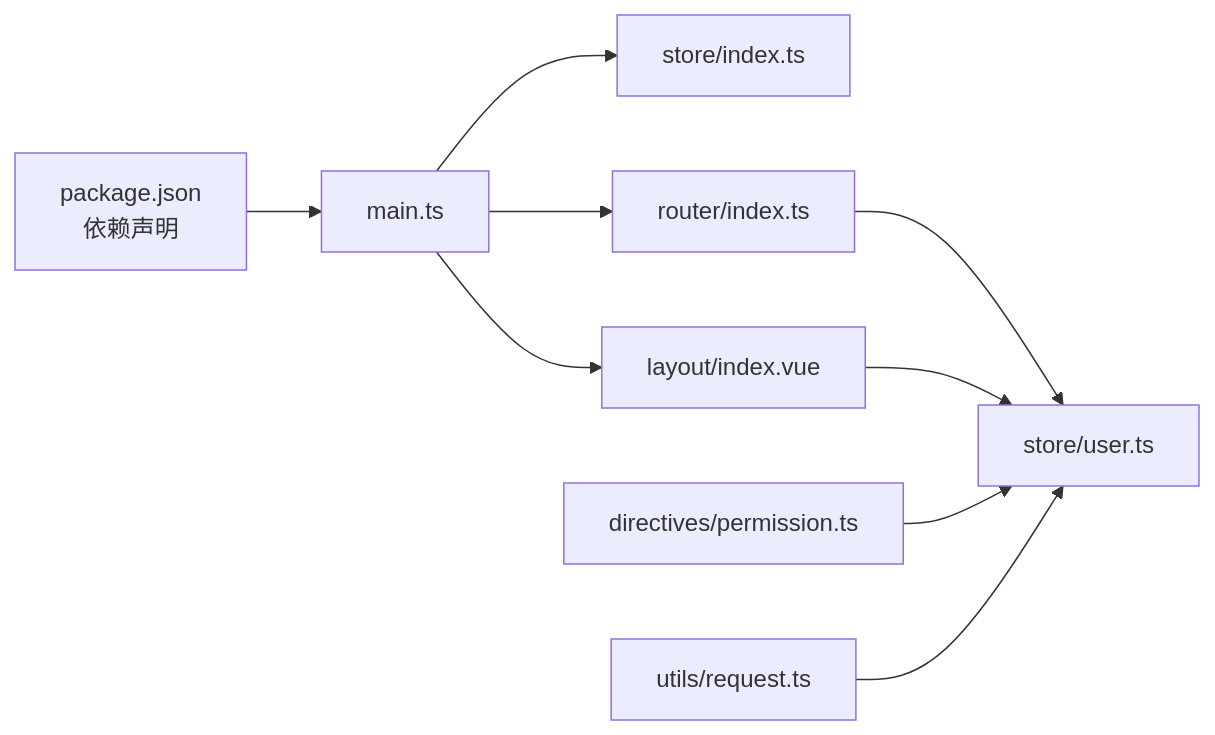
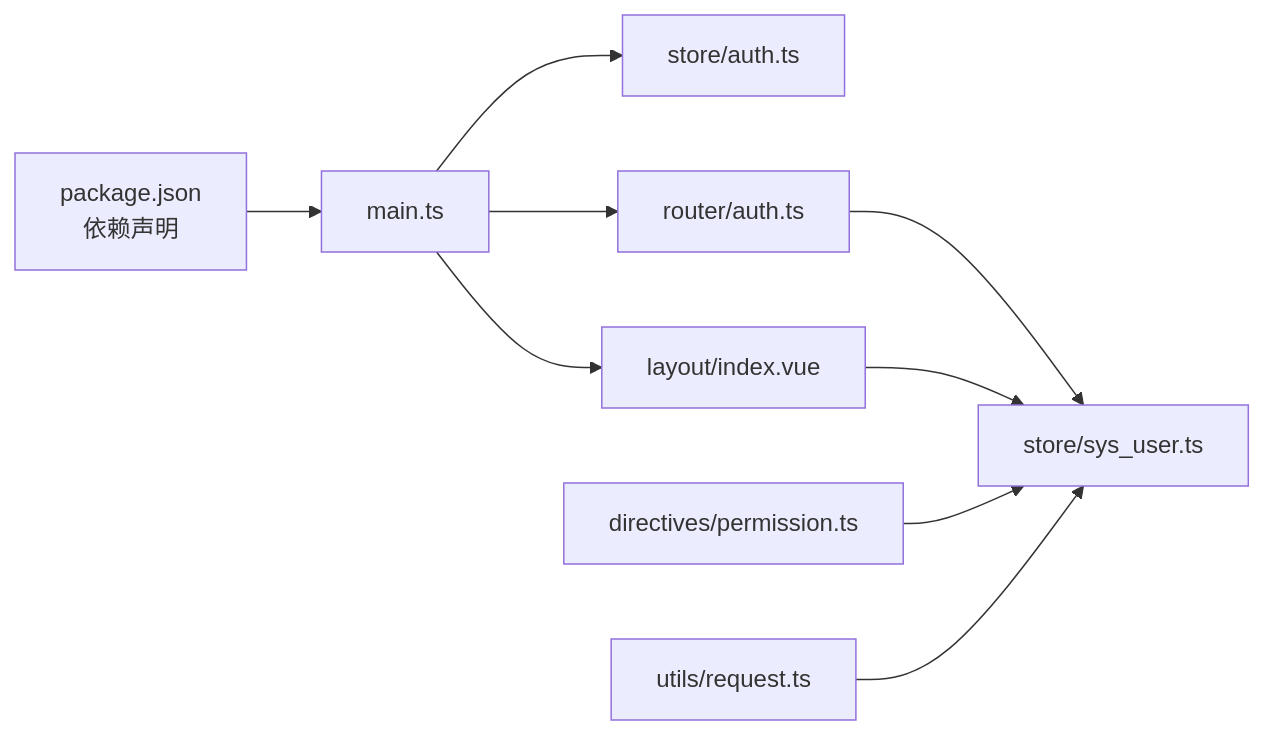
One commit to qiseyun/vue-ts-admin changed the eighth of 8 diagrams in .qoder/repowiki/zh/content/核心功能模块/状态管理系统.md. Above: the diagram before and after it, drawn with Mermaid. The commit also changed other lines of this file and 42 other files, not shown here.

````diff
--- a/.qoder/repowiki/zh/content/核心功能模块/状态管理系统.md
+++ b/.qoder/repowiki/zh/content/核心功能模块/状态管理系统.md
@@ -313,19 +313,19 @@
 ```mermaid
 graph LR
 PKG["package.json<br/>依赖声明"]
 MAIN["main.ts"]
-PINIAIDX["store/index.ts"]
-USER["store/user.ts"]
-ROUTER["router/index.ts"]
+PINIAIDX["store/auth.ts"]
+USER["store/sys_user.ts"]
+ROUTER["router/auth.ts"]
 LAYOUT["layout/index.vue"]
 DIRECT["directives/permission.ts"]
 REQ["utils/request.ts"]
 PKG --> MAIN
 MAIN --> PINIAIDX
 MAIN --> ROUTER
 MAIN --> LAYOUT
 ROUTER --> USER
 LAYOUT --> USER
 DIRECT --> USER
 REQ --> USER
 ```
````
